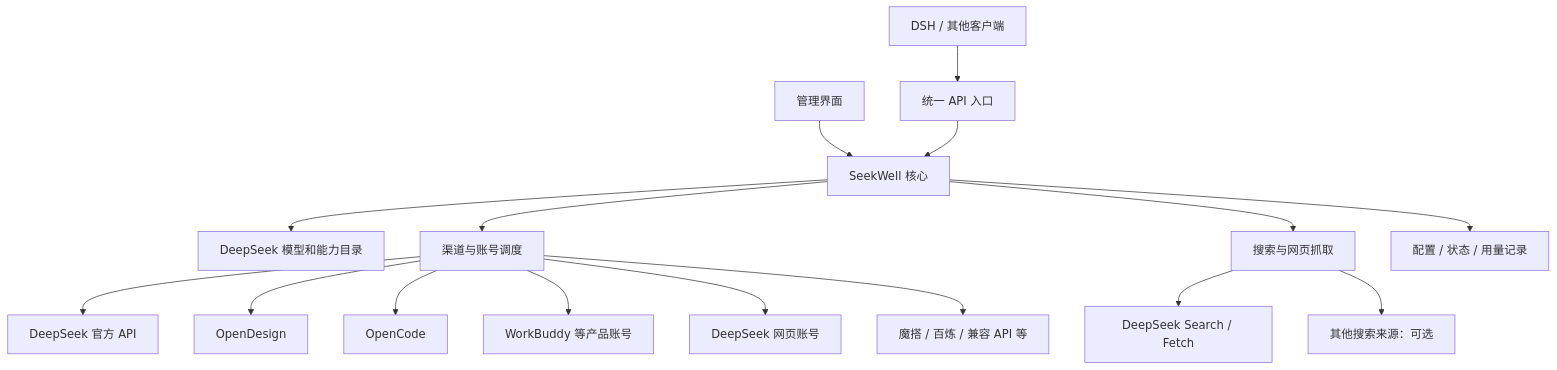
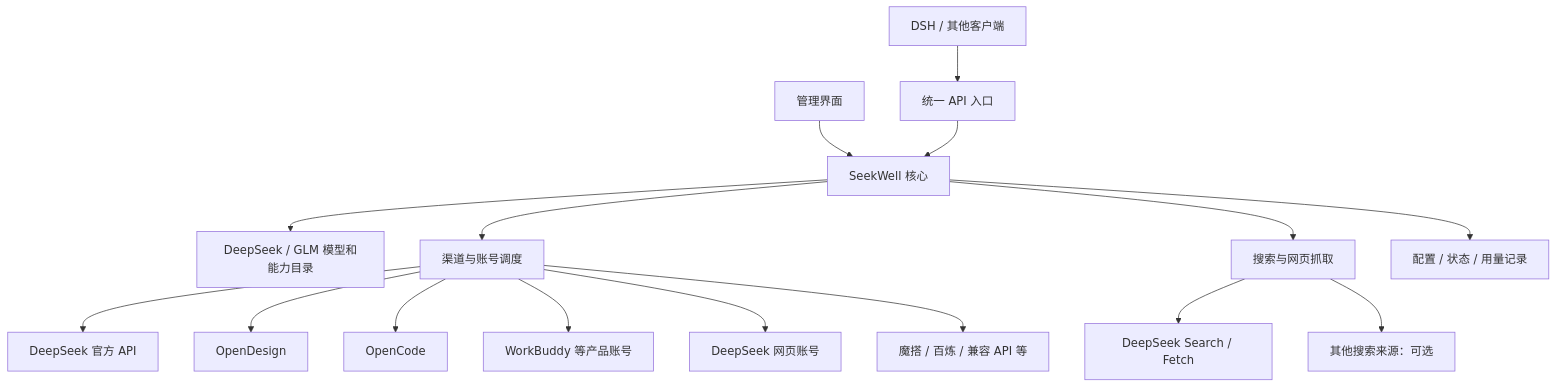
One commit to ai-daming/seekwell changed the diagram in docs/design.md. Above: the diagram before and after it, drawn with Mermaid. The commit also changed other lines of this file and 17 other files, not shown here.

````diff
--- a/docs/design.md
+++ b/docs/design.md
@@ -26,18 +26,18 @@
 ```mermaid
 flowchart TB
     Client[DSH / 其他客户端] --> Gateway[统一 API 入口]
     UI[管理界面] --> Core[SeekWell 核心]
     Gateway --> Core
-    Core --> Catalog[DeepSeek 模型和能力目录]
+    Core --> Catalog[DeepSeek / GLM 模型和能力目录]
     Core --> Router[渠道与账号调度]
     Core --> Search[搜索与网页抓取]
     Core --> State[配置 / 状态 / 用量记录]
     Router --> Official[DeepSeek 官方 API]
     Router --> OD[OpenDesign]
     Router --> OC[OpenCode]
     Router --> WB[WorkBuddy 等产品账号]
     Router --> Web[DeepSeek 网页账号]
     Router --> APIs[魔搭 / 百炼 / 兼容 API 等]
     Search --> DS[DeepSeek Search / Fetch]
     Search --> Other[其他搜索来源：可选]
 ```
````
